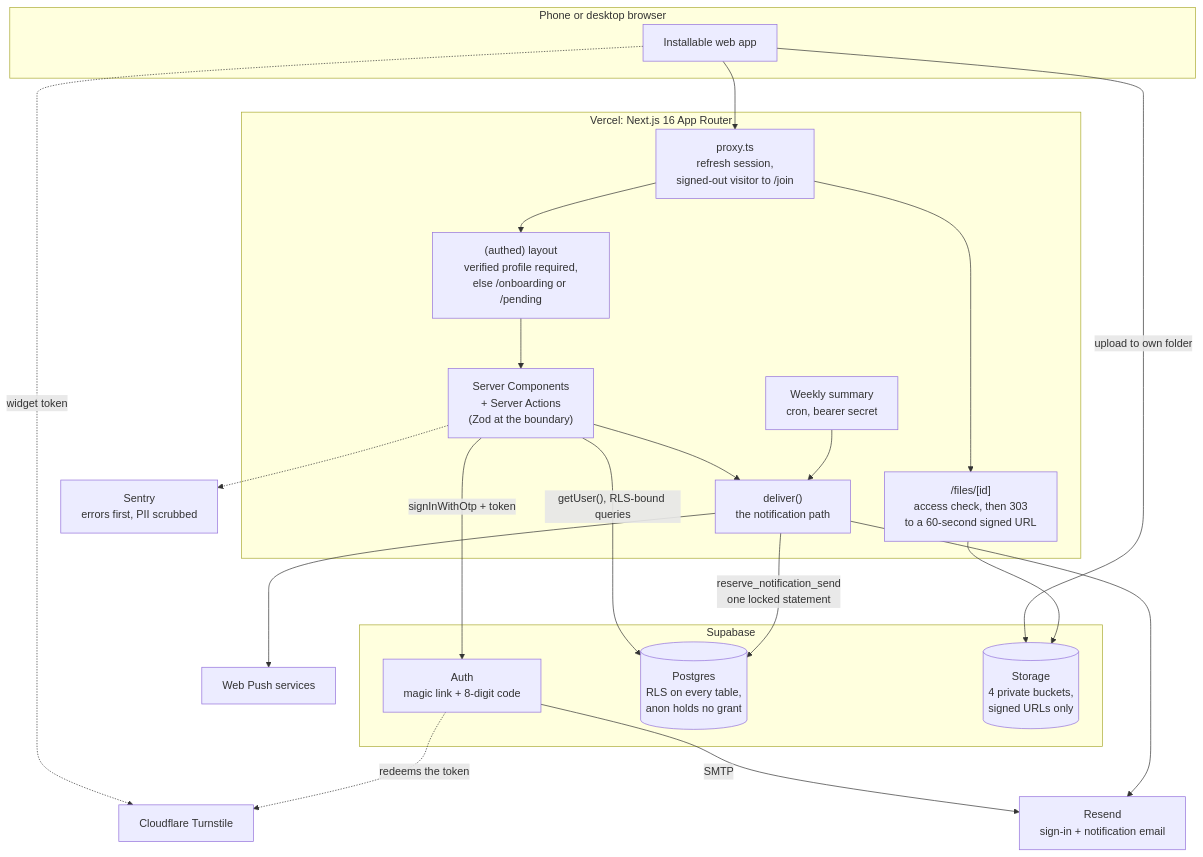
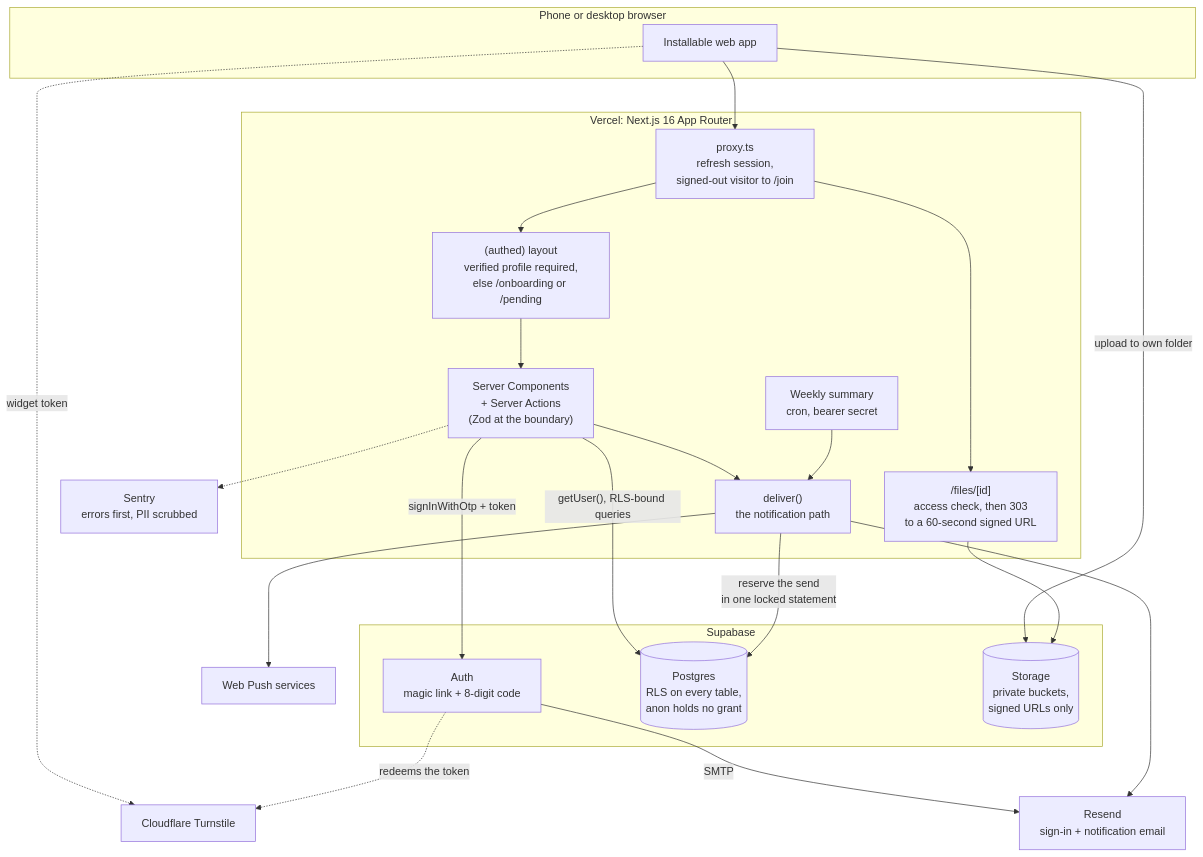
Before and after one commit to AIJSAI/on-the-lees-showcase: the diagram in README.md, drawn with Mermaid. The commit also changed other lines of this file and 2 other files, not shown here.

````diff
--- a/README.md
+++ b/README.md
@@ -28,42 +28,42 @@
 ```mermaid
 flowchart TB
     subgraph Client["Phone or desktop browser"]
         UI["Installable web app"]
     end
 
     subgraph Vercel["Vercel: Next.js 16 App Router"]
         PX["proxy.ts<br/>refresh session,<br/>signed-out visitor to /join"]
         LAY["(authed) layout<br/>verified profile required,<br/>else /onboarding or /pending"]
         RSC["Server Components<br/>+ Server Actions<br/>(Zod at the boundary)"]
         FILES["/files/[id]<br/>access check, then 303<br/>to a 60-second signed URL"]
         DEL["deliver()<br/>the notification path"]
         CRON["Weekly summary<br/>cron, bearer secret"]
     end
 
     subgraph Supabase["Supabase"]
         AUTH["Auth<br/>magic link + 8-digit code"]
         PG[("Postgres<br/>RLS on every table,<br/>anon holds no grant")]
-        ST[("Storage<br/>4 private buckets,<br/>signed URLs only")]
+        ST[("Storage<br/>private buckets,<br/>signed URLs only")]
     end
 
     TS["Cloudflare Turnstile"]
     RS["Resend<br/>sign-in + notification email"]
     WP["Web Push services"]
     SE["Sentry<br/>errors first, PII scrubbed"]
 
     UI --> PX --> LAY --> RSC
     UI -. "widget token" .-> TS
     RSC -->|"getUser(), RLS-bound queries"| PG
     RSC -->|"signInWithOtp + token"| AUTH
     AUTH -. "redeems the token" .-> TS
     AUTH -->|SMTP| RS
     UI -->|"upload to own folder"| ST
     PX --> FILES
     FILES --> ST
     RSC --> DEL
     CRON --> DEL
-    DEL -->|"reserve_notification_send<br/>one locked statement"| PG
+    DEL -->|"reserve the send<br/>in one locked statement"| PG
     DEL --> RS
     DEL --> WP
     RSC -.-> SE
 ```
````
